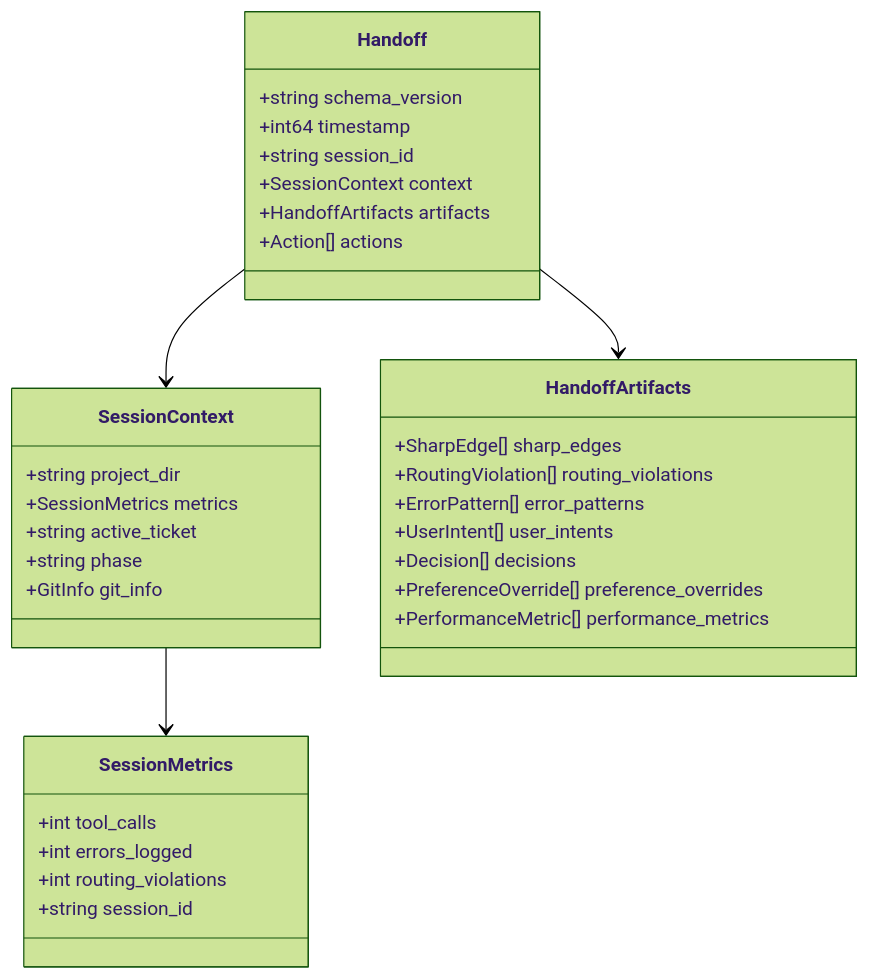
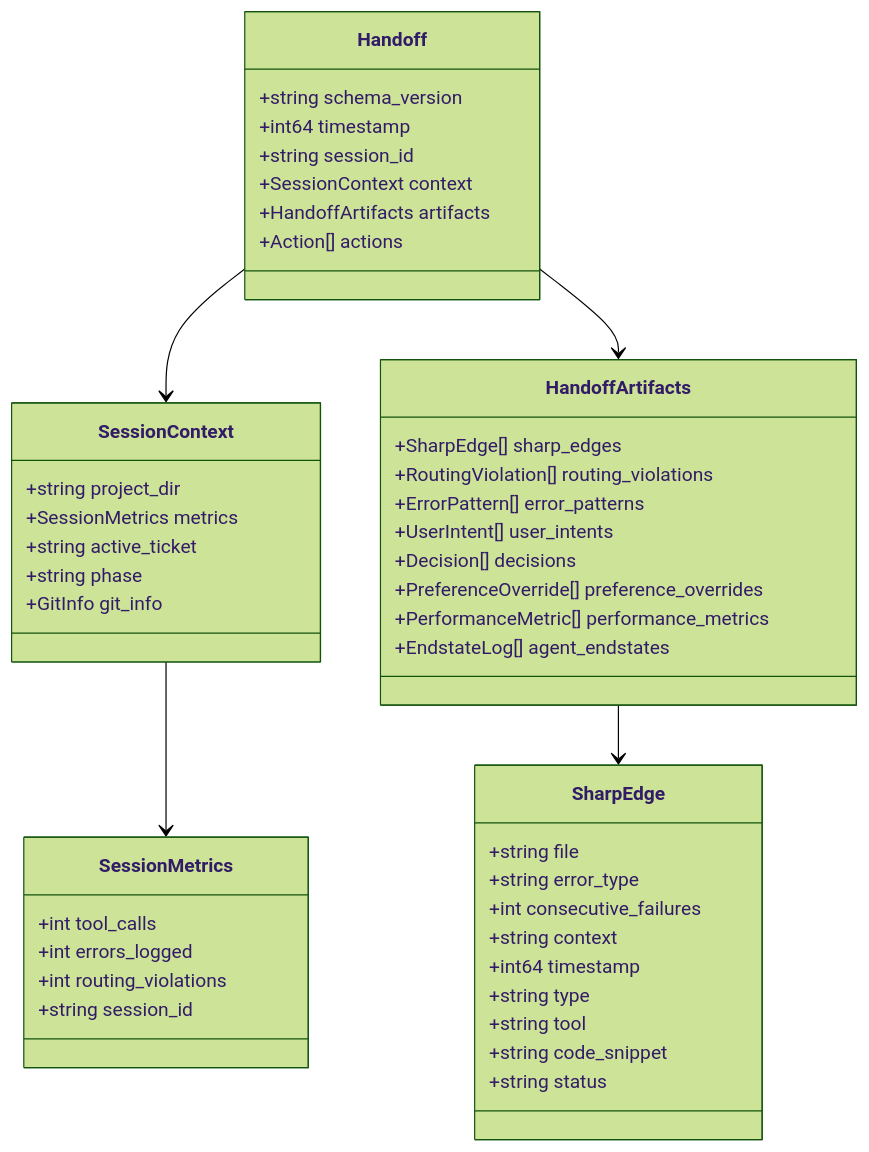
Before and after one commit to Bucket-Chemist/goYoke: the sixth of 6 diagrams in docs/systems-architecture-overview.md, drawn with Mermaid (forest theme). The commit also changed other lines of this file and 71 other files, not shown here.

````diff
--- a/docs/systems-architecture-overview.md
+++ b/docs/systems-architecture-overview.md
@@ -586,40 +699,54 @@
 ```mermaid
 classDiagram
     class Handoff {
         +string schema_version
         +int64 timestamp
         +string session_id
         +SessionContext context
         +HandoffArtifacts artifacts
         +Action[] actions
     }
 
     class SessionContext {
         +string project_dir
         +SessionMetrics metrics
         +string active_ticket
         +string phase
         +GitInfo git_info
     }
 
     class HandoffArtifacts {
         +SharpEdge[] sharp_edges
         +RoutingViolation[] routing_violations
         +ErrorPattern[] error_patterns
         +UserIntent[] user_intents
         +Decision[] decisions
         +PreferenceOverride[] preference_overrides
         +PerformanceMetric[] performance_metrics
+        +EndstateLog[] agent_endstates
     }
 
     class SessionMetrics {
         +int tool_calls
         +int errors_logged
         +int routing_violations
         +string session_id
     }
 
+    class SharpEdge {
+        +string file
+        +string error_type
+        +int consecutive_failures
+        +string context
+        +int64 timestamp
+        +string type
+        +string tool
+        +string code_snippet
+        +string status
+    }
+
     Handoff --> SessionContext
     Handoff --> HandoffArtifacts
     SessionContext --> SessionMetrics
+    HandoffArtifacts --> SharpEdge
 ```
````
